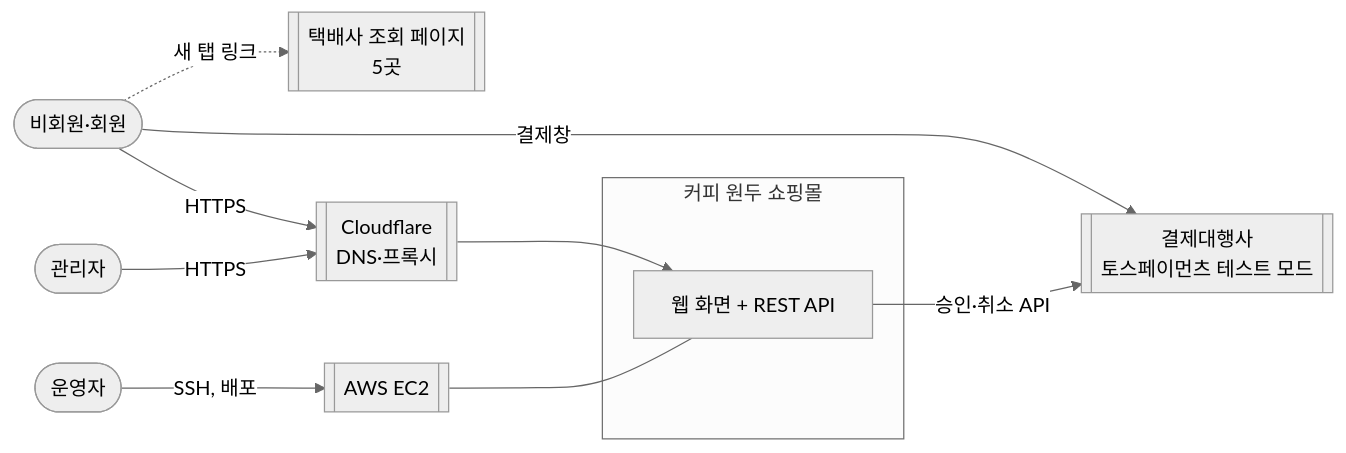
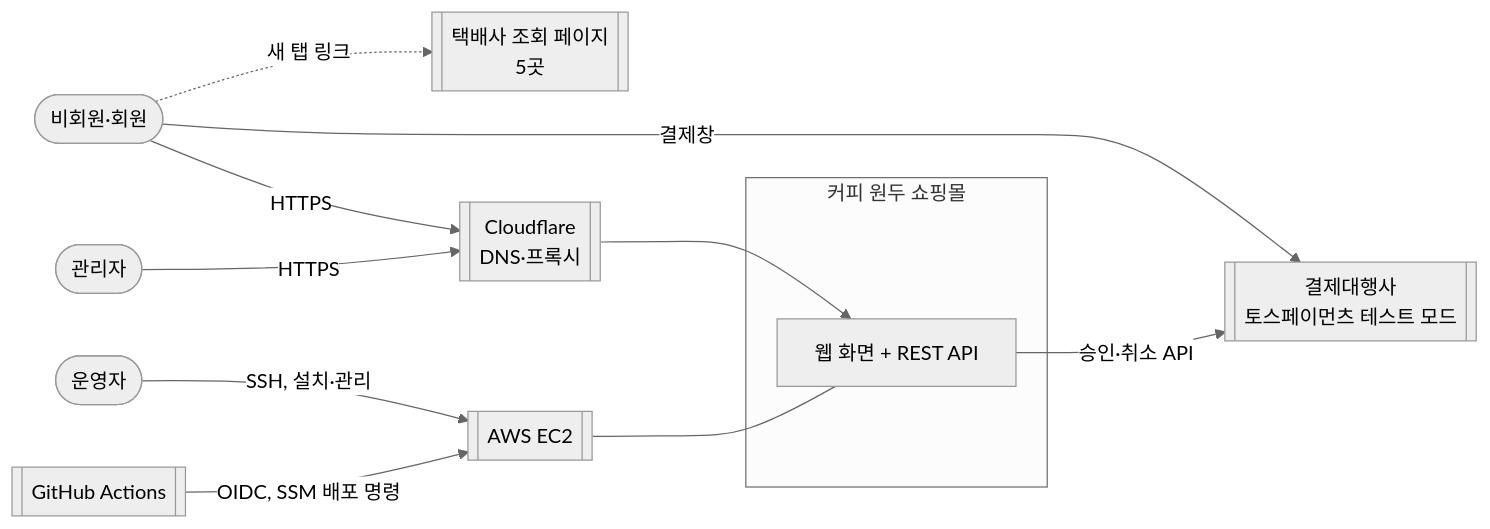
The first of 3 diagrams in docs/specs/sdd/1-architecture.md (seren-wib/coffee-shop), drawn with Mermaid (neutral theme) before and after one commit. The commit also changed 30 other files, not shown here.

````diff
--- a/docs/specs/sdd/1-architecture.md
+++ b/docs/specs/sdd/1-architecture.md
@@ -11,22 +11,23 @@
 ```mermaid
 flowchart LR
   guest([비회원·회원])
   admin([관리자])
   op([운영자])
   subgraph sys[커피 원두 쇼핑몰]
     app[웹 화면 + REST API]
   end
   pg[[결제대행사<br>토스페이먼츠 테스트 모드]]
   carrier[[택배사 조회 페이지<br>5곳]]
   cf[[Cloudflare<br>DNS·프록시]]
   aws[[AWS EC2]]
 
   guest -->|HTTPS| cf
   admin -->|HTTPS| cf
   cf --> app
   guest -->|결제창| pg
   app -->|승인·취소 API| pg
   guest -.->|새 탭 링크| carrier
-  op -->|SSH, 배포| aws
+  op -->|SSH, 설치·관리| aws
+  gha[[GitHub Actions]] -->|OIDC, SSM 배포 명령| aws
   aws --- app
 ```
````
